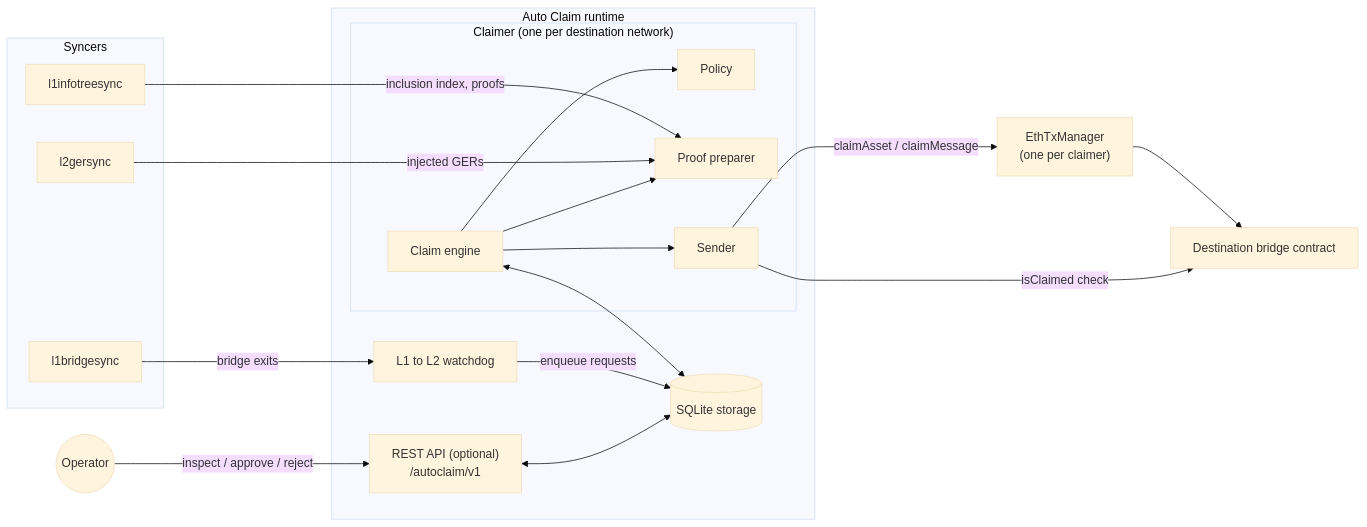
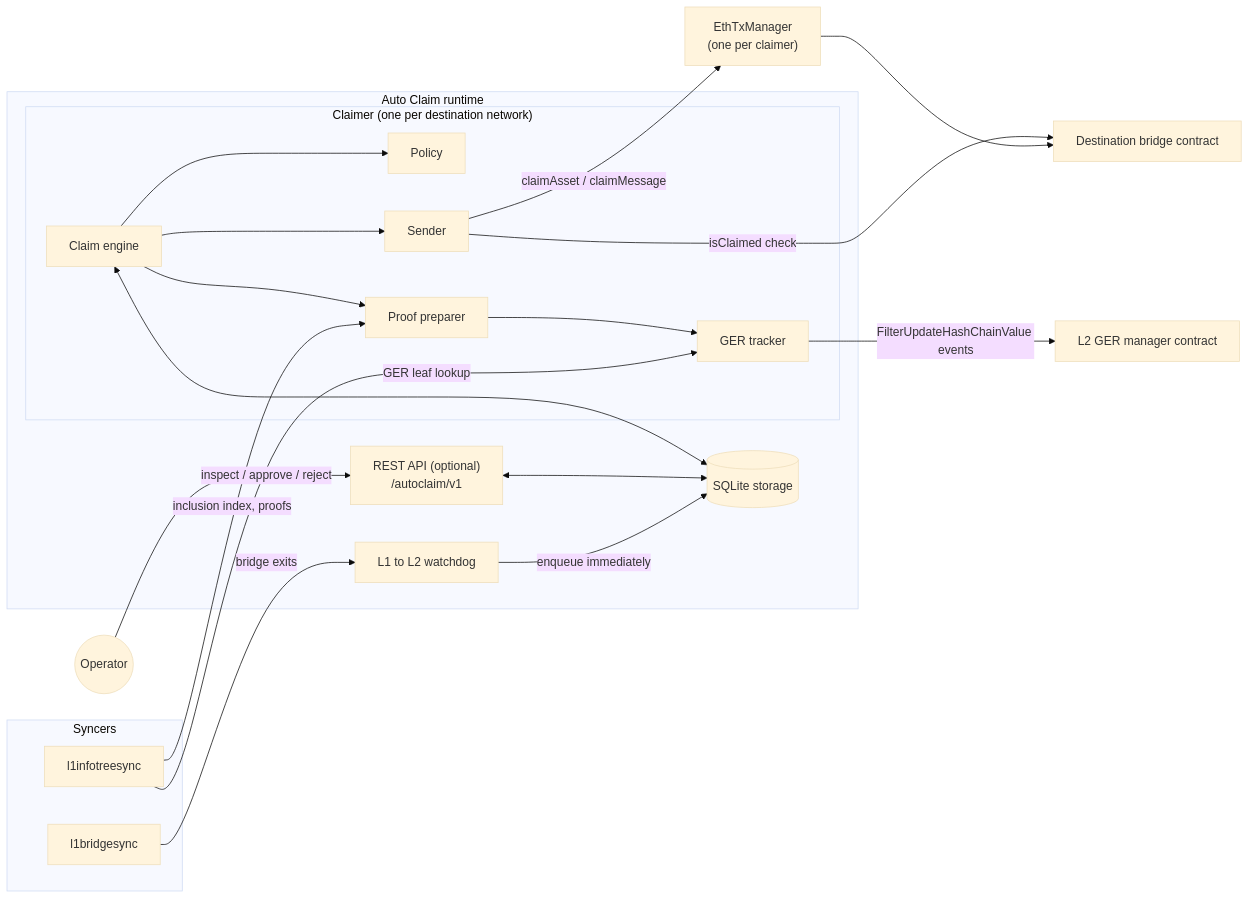
The first of 3 diagrams in docs/autoclaim.md (agglayer/aggkit), drawn with Mermaid (base theme) before and after one commit. The commit also changed other lines of this file and 16 other files, not shown here.

````diff
--- a/docs/autoclaim.md
+++ b/docs/autoclaim.md
@@ -17,38 +17,41 @@
 ```mermaid
 flowchart LR
     subgraph Syncers
         L1BS[l1bridgesync]
         L1IT[l1infotreesync]
-        L2GS[l2gersync]
     end
 
     subgraph AutoClaim["Auto Claim runtime"]
         WD["L1 to L2 watchdog"]
         DB[("SQLite storage")]
         API["REST API (optional)<br/>/autoclaim/v1"]
         subgraph Claimer["Claimer (one per destination network)"]
             CL["Claim engine"]
             POL["Policy"]
             PP["Proof preparer"]
+            GT["GER tracker"]
             SND["Sender"]
         end
     end
 
     ETM["EthTxManager<br/>(one per claimer)"]
     L2["Destination bridge contract"]
+    GERC["L2 GER manager contract"]
 
     L1BS -->|bridge exits| WD
     L1IT -->|inclusion index, proofs| PP
-    L2GS -->|injected GERs| PP
-    WD -->|enqueue requests| DB
+    L1IT -->|GER leaf lookup| GT
+    WD -->|enqueue immediately| DB
     CL <--> DB
     CL --> POL
     CL --> PP
+    PP --> GT
+    GT -->|FilterUpdateHashChainValue events| GERC
     CL --> SND
     SND -->|claimAsset / claimMessage| ETM
     ETM --> L2
     SND -->|isClaimed check| L2
     API <--> DB
 
     Operator((Operator)) -->|inspect / approve / reject| API
 ```
````
